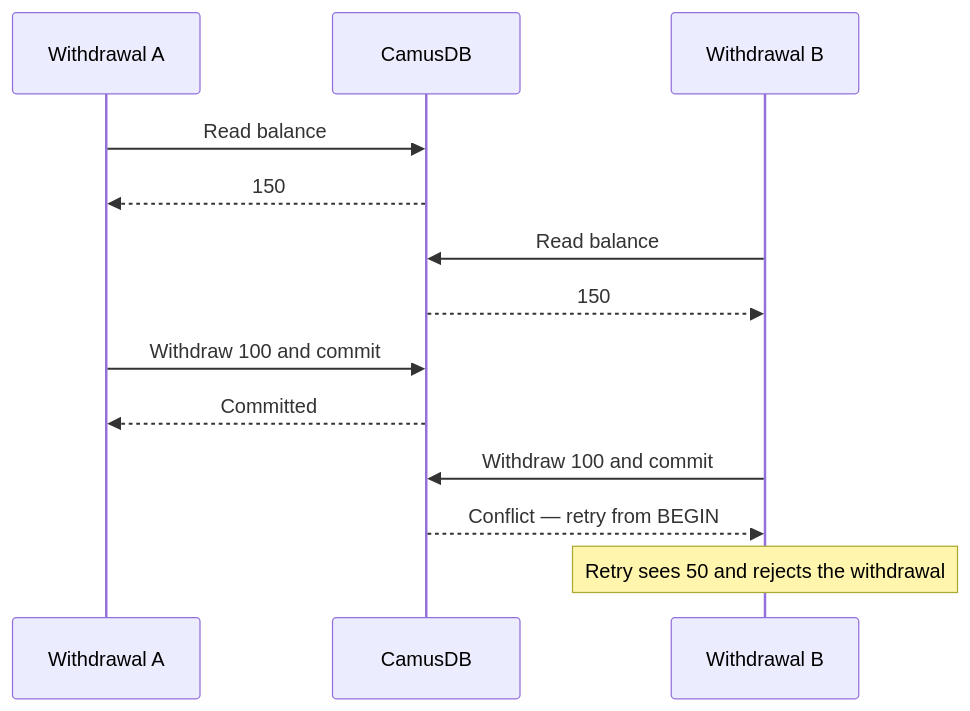
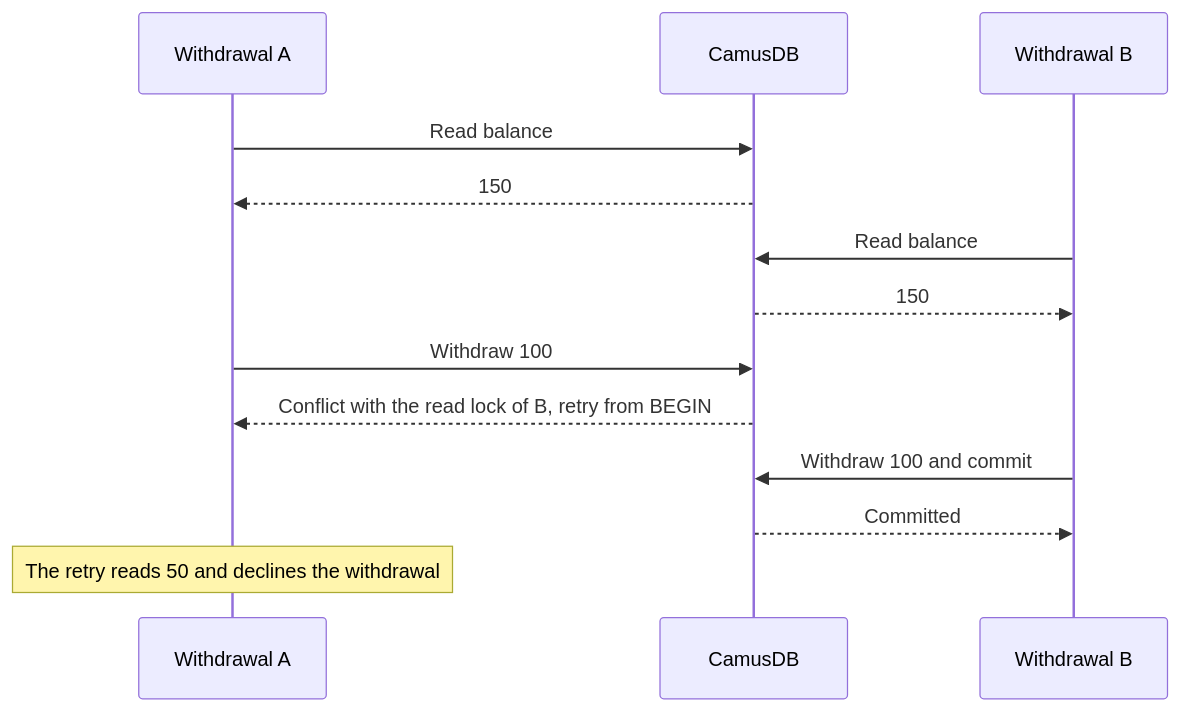
Before and after one commit to camusdb/camusdb.github.io: the diagram in docs/serializable-transactions.md, drawn with Mermaid. The commit also changed other lines of this file and 28 other files, not shown here.

````diff
--- a/docs/serializable-transactions.md
+++ b/docs/serializable-transactions.md
@@ -42,15 +43,15 @@
 ```mermaid
 sequenceDiagram
     participant A as Withdrawal A
     participant DB as CamusDB
     participant B as Withdrawal B
     A->>DB: Read balance
     DB-->>A: 150
     B->>DB: Read balance
     DB-->>B: 150
-    A->>DB: Withdraw 100 and commit
-    DB-->>A: Committed
+    A->>DB: Withdraw 100
+    DB-->>A: Conflict with the read lock of B, retry from BEGIN
     B->>DB: Withdraw 100 and commit
-    DB-->>B: Conflict — retry from BEGIN
-    Note over B: Retry sees 50 and rejects the withdrawal
+    DB-->>B: Committed
+    Note over A: The retry reads 50 and declines the withdrawal
 ```
````
